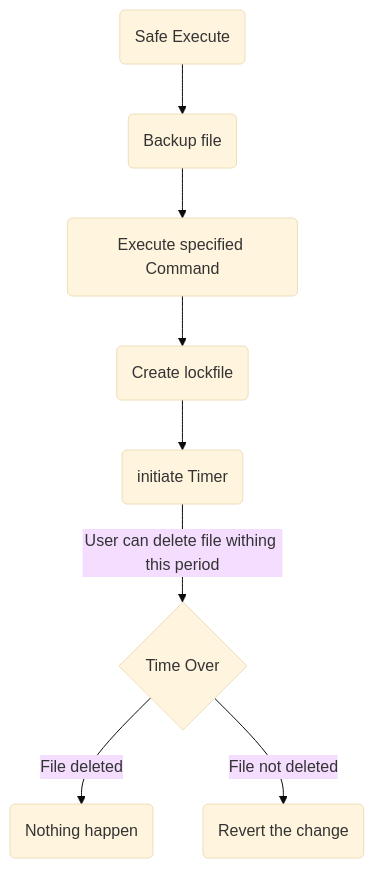
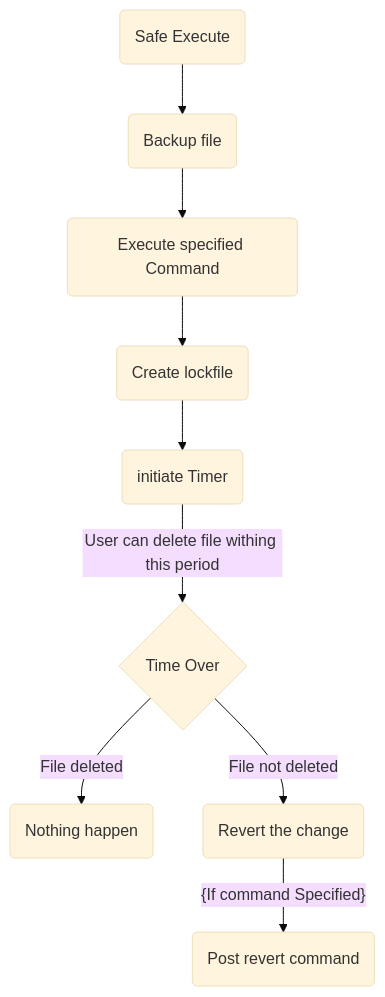
One commit to ankushlohiya001/safe_change changed the diagram in README.md. Above: the diagram before and after it, drawn with Mermaid (base theme). The commit also changed other lines of this file and 3 other files, not shown here.

````diff
--- a/README.md
+++ b/README.md
@@ -13,6 +13,7 @@
 ```mermaid
 graph
 A(Safe Execute) --> B(Backup file) --> C(Execute specified Command) --> D(Create lockfile) --> E(initiate Timer) -- User can delete file withing this period --> F{Time Over}
 F -- File deleted --> G(Nothing happen)
 F -- File not deleted --> H(Revert the change)
+H --{If command Specified}--> I(Post revert command)
 ```
````
